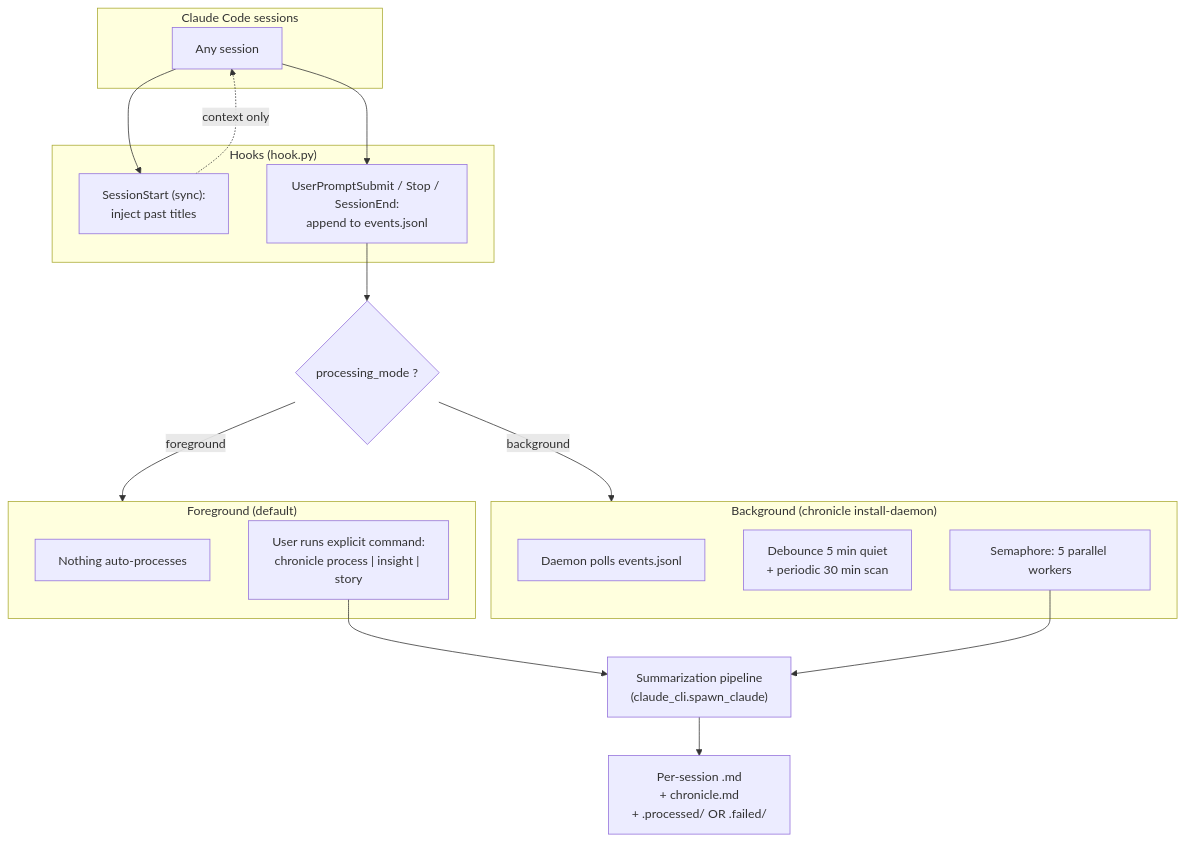
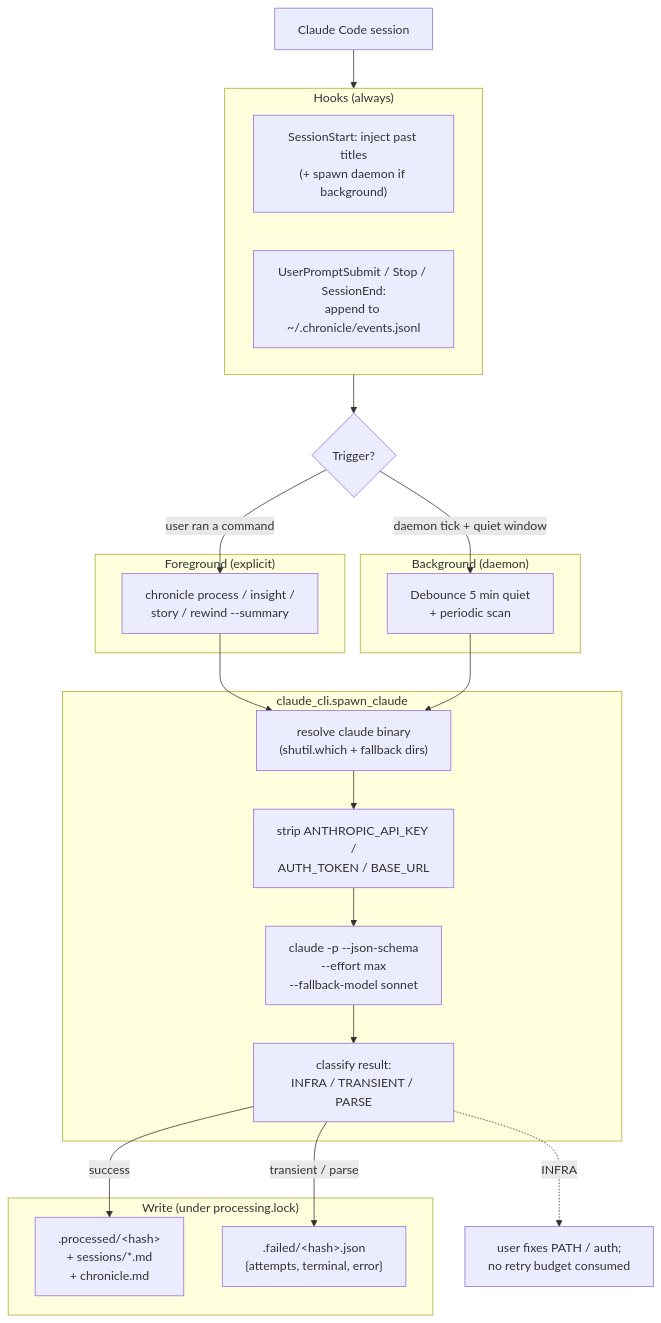
One commit to ehzawad/claudetalktoclaude changed the first of 3 diagrams in README.md. Above: the diagram before and after it, drawn with Mermaid. The commit also changed other lines of this file and 3 other files, not shown here.

````diff
--- a/README.md
+++ b/README.md
@@ -195,36 +120,40 @@
 ```mermaid
 flowchart TB
-    subgraph cc["Claude Code sessions"]
-        S["Any session"]
+    subgraph hooks["Hooks (always)"]
+        SS["SessionStart: inject past titles<br/>(+ spawn daemon if background)"]
+        LOG["UserPromptSubmit / Stop / SessionEnd:<br/>append to ~/.chronicle/events.jsonl"]
     end
 
-    subgraph hooks["Hooks (hook.py)"]
-        SS["SessionStart (sync):<br/>inject past titles"]
-        LOG["UserPromptSubmit / Stop / SessionEnd:<br/>append to events.jsonl"]
+    TRIG{"Trigger?"}
+
+    subgraph fg["Foreground (explicit)"]
+        FG["chronicle process / insight /<br/>story / rewind --summary"]
     end
 
-    MODE{"processing_mode ?"}
-
-    subgraph fg["Foreground (default)"]
-        FG1["Nothing auto-processes"]
-        FG2["User runs explicit command:<br/>chronicle process | insight | story"]
+    subgraph bg["Background (daemon)"]
+        BG["Debounce 5 min quiet<br/>+ periodic scan"]
     end
 
-    subgraph bg["Background (chronicle install-daemon)"]
-        D1["Daemon polls events.jsonl"]
-        D2["Debounce 5 min quiet<br/>+ periodic 30 min scan"]
-        D3["Semaphore: 5 parallel workers"]
+    subgraph pipeline["claude_cli.spawn_claude"]
+        RESOLVE["resolve claude binary<br/>(shutil.which + fallback dirs)"]
+        ENV["strip ANTHROPIC_API_KEY /<br/>AUTH_TOKEN / BASE_URL"]
+        SPAWN["claude -p --json-schema<br/>--effort max<br/>--fallback-model sonnet"]
+        CLASSIFY["classify result:<br/>INFRA / TRANSIENT / PARSE"]
     end
 
-    PIPE["Summarization pipeline<br/>(claude_cli.spawn_claude)"]
-    OUT["Per-session .md<br/>+ chronicle.md<br/>+ .processed/ OR .failed/"]
+    subgraph write["Write (under processing.lock)"]
+        OK[".processed/&lt;hash&gt;<br/>+ sessions/*.md<br/>+ chronicle.md"]
+        FAIL[".failed/&lt;hash&gt;.json<br/>{attempts, terminal, error}"]
+    end
 
-    S --> SS & LOG
-    SS -.->|context only| S
-    LOG --> MODE
-    MODE -->|foreground| fg
-    MODE -->|background| bg
-    FG2 --> PIPE
-    D3 --> PIPE
-    PIPE --> OUT
+    CC["Claude Code session"] --> hooks
+    hooks --> TRIG
+    TRIG -->|"user ran a command"| FG
+    TRIG -->|"daemon tick + quiet window"| BG
+    FG --> RESOLVE
+    BG --> RESOLVE
+    RESOLVE --> ENV --> SPAWN --> CLASSIFY
+    CLASSIFY -->|success| OK
+    CLASSIFY -->|transient / parse| FAIL
+    CLASSIFY -.->|INFRA| config_fix["user fixes PATH / auth;<br/>no retry budget consumed"]
 ```
````
